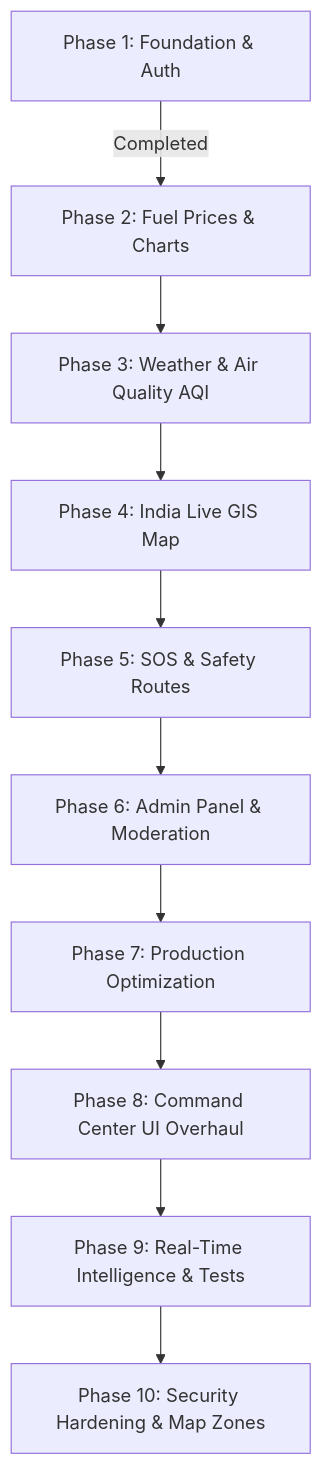
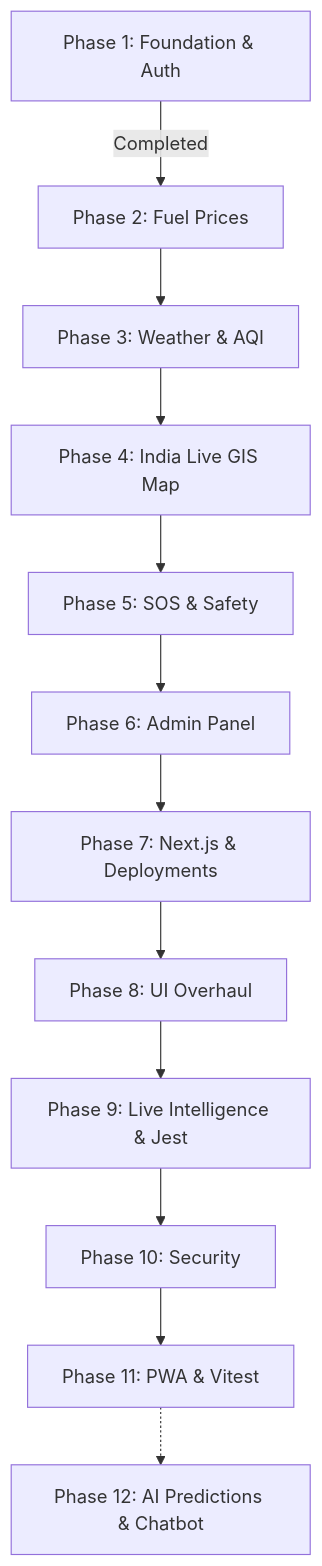
Before and after one commit to sanjaikumarkaleeswaran/India_Live_Monitor: the diagram in README.md, drawn with Mermaid. The commit also changed other lines of this file, not shown here.

Commit message:
docs: update README with Next.js, PWA, and Vitest testing progress

````diff
--- a/README.md
+++ b/README.md
@@ -131,12 +121,14 @@
 ```mermaid
 graph TD
-  P1[Phase 1: Foundation & Auth] -->|Completed| P2[Phase 2: Fuel Prices & Charts]
-  P2 --> P3[Phase 3: Weather & Air Quality AQI]
+  P1[Phase 1: Foundation & Auth] -->|Completed| P2[Phase 2: Fuel Prices]
+  P2 --> P3[Phase 3: Weather & AQI]
   P3 --> P4[Phase 4: India Live GIS Map]
-  P4 --> P5[Phase 5: SOS & Safety Routes]
-  P5 --> P6[Phase 6: Admin Panel & Moderation]
-  P6 --> P7[Phase 7: Production Optimization]
-  P7 --> P8[Phase 8: Command Center UI Overhaul]
-  P8 --> P9[Phase 9: Real-Time Intelligence & Tests]
-  P9 --> P10[Phase 10: Security Hardening & Map Zones]
+  P4 --> P5[Phase 5: SOS & Safety]
+  P5 --> P6[Phase 6: Admin Panel]
+  P6 --> P7[Phase 7: Next.js & Deployments]
+  P7 --> P8[Phase 8: UI Overhaul]
+  P8 --> P9[Phase 9: Live Intelligence & Jest]
+  P9 --> P10[Phase 10: Security]
+  P10 --> P11[Phase 11: PWA & Vitest]
+  P11 -.-> P12[Phase 12: AI Predictions & Chatbot]
 ```
````
